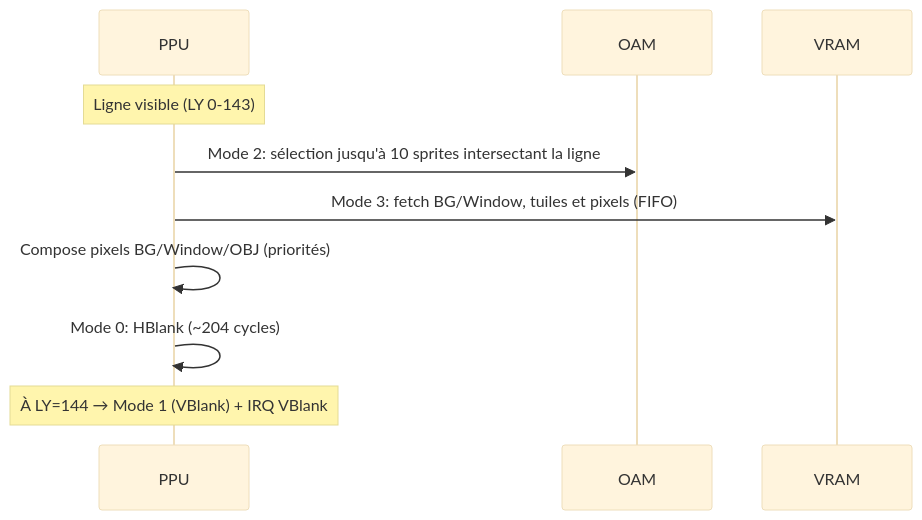
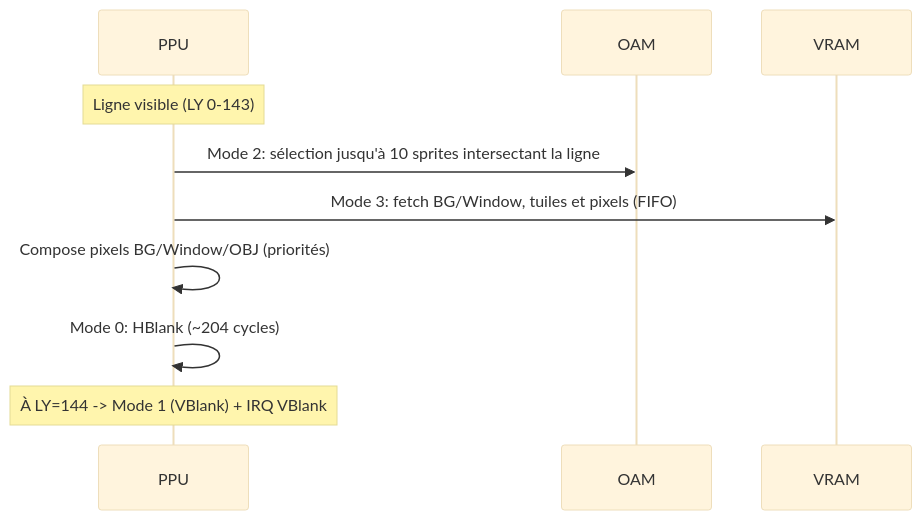
Before and after one commit to EmmanuelAsfar/CameBoy: the second of 2 diagrams in docs/specs/ppu.md, drawn with Mermaid (base theme). The commit also changed 11 other files, not shown here.

````diff
--- a/docs/specs/ppu.md
+++ b/docs/specs/ppu.md
@@ -41,12 +41,12 @@
 ```mermaid
 sequenceDiagram
   participant PPU
   participant OAM
   participant VRAM
   Note over PPU: Ligne visible (LY 0-143)
   PPU->>OAM: Mode 2: sélection jusqu'à 10 sprites intersectant la ligne
   PPU->>VRAM: Mode 3: fetch BG/Window, tuiles et pixels (FIFO)
   PPU->>PPU: Compose pixels BG/Window/OBJ (priorités)
   PPU->>PPU: Mode 0: HBlank (~204 cycles)
-  Note over PPU: À LY=144 → Mode 1 (VBlank) + IRQ VBlank
+  Note over PPU: À LY=144 -> Mode 1 (VBlank) + IRQ VBlank
 ```
````
